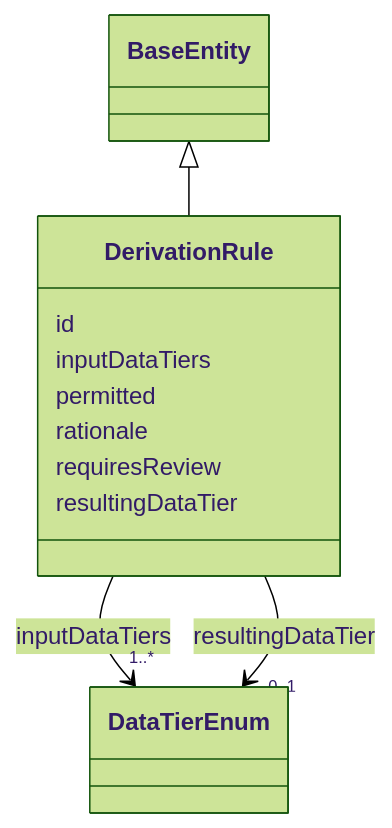
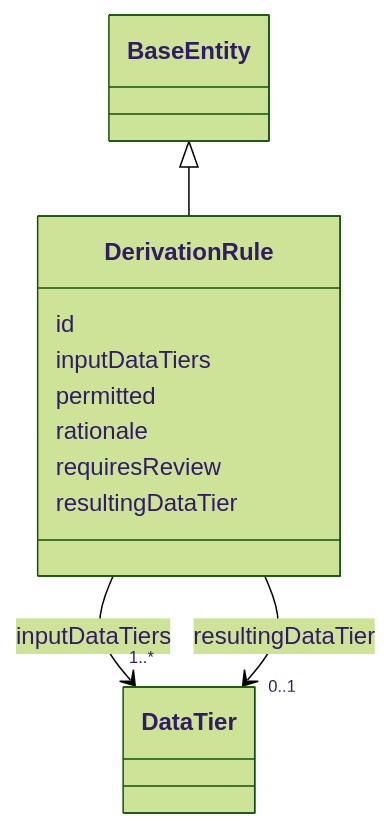
One commit to mc2-center/governanceDUO changed the diagram in docs/reference/classes/DerivationRule.md. Above: the diagram before and after it, drawn with Mermaid (forest theme). The commit also changed other lines of this file and 179 other files, not shown here.

````diff
--- a/docs/reference/classes/DerivationRule.md
+++ b/docs/reference/classes/DerivationRule.md
@@ -23,39 +23,39 @@
 ```mermaid
  classDiagram
     class DerivationRule
     click DerivationRule href "../../classes/DerivationRule/"
       BaseEntity <|-- DerivationRule
         click BaseEntity href "../../classes/BaseEntity/"
       
       DerivationRule : id
         
       DerivationRule : inputDataTiers
         
           
     
         
         
-        DerivationRule --> "1..*" DataTierEnum : inputDataTiers
-        click DataTierEnum href "../../enums/DataTierEnum/"
+        DerivationRule --> "1..*" DataTier : inputDataTiers
+        click DataTier href "../../enums/DataTier/"
     
 
         
       DerivationRule : permitted
         
       DerivationRule : rationale
         
       DerivationRule : requiresReview
         
       DerivationRule : resultingDataTier
         
           
     
         
         
-        DerivationRule --> "0..1" DataTierEnum : resultingDataTier
-        click DataTierEnum href "../../enums/DataTierEnum/"
+        DerivationRule --> "0..1" DataTier : resultingDataTier
+        click DataTier href "../../enums/DataTier/"
     
 
         
       
 ```
````
